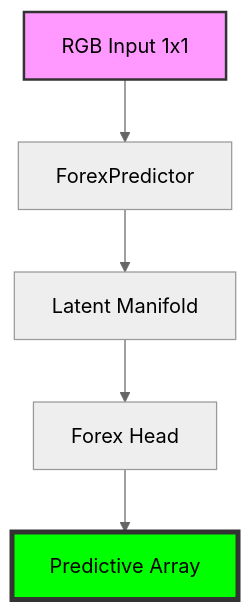
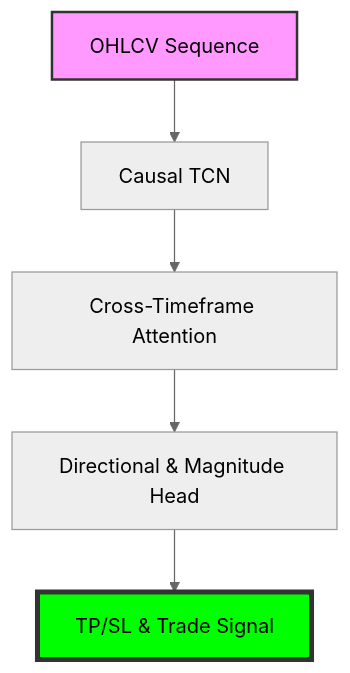
Before and after one commit to lemgenda/lemgendary-pretrained-models: the diagram in forex_predictor/README.md, drawn with Mermaid (neutral theme). The commit also changed other lines of this file and 1 other file, not shown here.

Commit message:
feat: initialize forex_predictor model directory with documentation and training metrics

````diff
--- a/forex_predictor/README.md
+++ b/forex_predictor/README.md
@@ -17,10 +17,10 @@
 ```mermaid
 graph TD
-    Input[RGB Input 1x1] --> Backbone[ForexPredictor]
-    Backbone --> Manifold[Latent Manifold]
-    Manifold --> Head[Forex Head]
-    Head --> Output[Predictive Array]
+    Input[OHLCV Sequence] --> Backbone[Causal TCN]
+    Backbone --> Attention[Cross-Timeframe Attention]
+    Attention --> Head[Directional & Magnitude Head]
+    Head --> Output[TP/SL & Trade Signal]
     
     style Input fill:#f9f,stroke:#333,stroke-width:2px
     style Output fill:#00ff00,stroke:#333,stroke-width:4px
 ```
````
